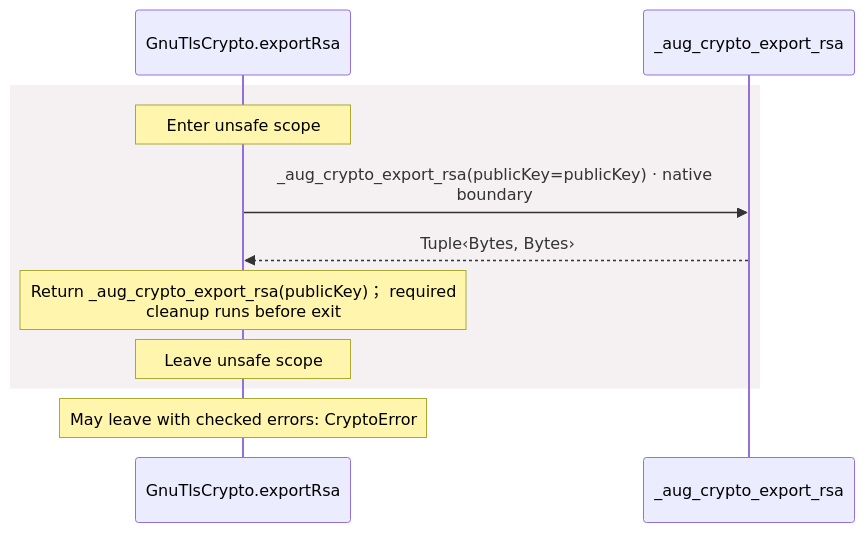
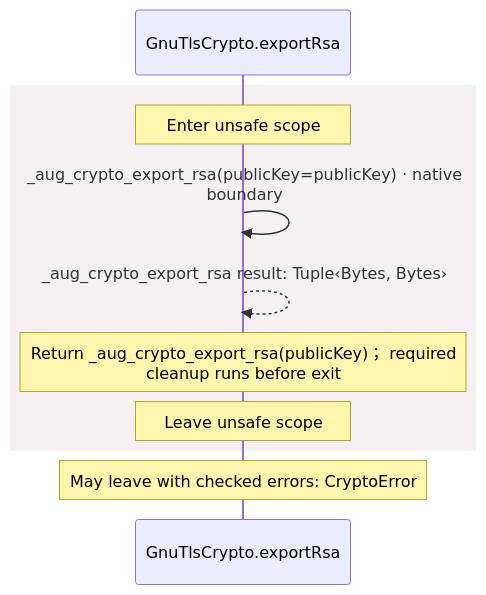
Diagram 11 of 13 in docs/examples/oidc-login/dependencies/packages/@git/url_9ef654c66d34ab8f5527/0.0.0-git.b14a0f9aa41f1ce58bd51133bcdc424033e40d40/contracts-diagrams.md (GreenPandaStudios/augscript), drawn with Mermaid before and after one commit. The commit also changed other lines of this file and 304 other files, not shown here.

Commit message:
Make generated data-flow sequences concise and review every diagram

````diff
--- a/docs/examples/oidc-login/dependencies/packages/@git/url_9ef654c66d34ab8f5527/0.0.0-git.b14a0f9aa41f1ce58bd51133bcdc424033e40d40/contracts-diagrams.md
+++ b/docs/examples/oidc-login/dependencies/packages/@git/url_9ef654c66d34ab8f5527/0.0.0-git.b14a0f9aa41f1ce58bd51133bcdc424033e40d40/contracts-diagrams.md
@@ -450,13 +413,13 @@
 ```mermaid
 sequenceDiagram
     participant p0 as GnuTlsCrypto.exportRsa
-    participant p1 as _aug_crypto_export_rsa
+
     rect rgb(245, 240, 241)
     Note over p0: Enter unsafe scope
-    p0->>p1: _aug_crypto_export_rsa(publicKey=publicKey) · native<br/>boundary
-    p1-->>p0: Tuple‹Bytes, Bytes›
+    p0->>p0: _aug_crypto_export_rsa(publicKey=publicKey) · native<br/>boundary
+    p0-->>p0: _aug_crypto_export_rsa result: Tuple‹Bytes, Bytes›
     Note over p0: Return _aug_crypto_export_rsa(publicKey)； required<br/>cleanup runs before exit
     Note over p0: Leave unsafe scope
     end
     Note over p0: May leave with checked errors: CryptoError
 ```
````
